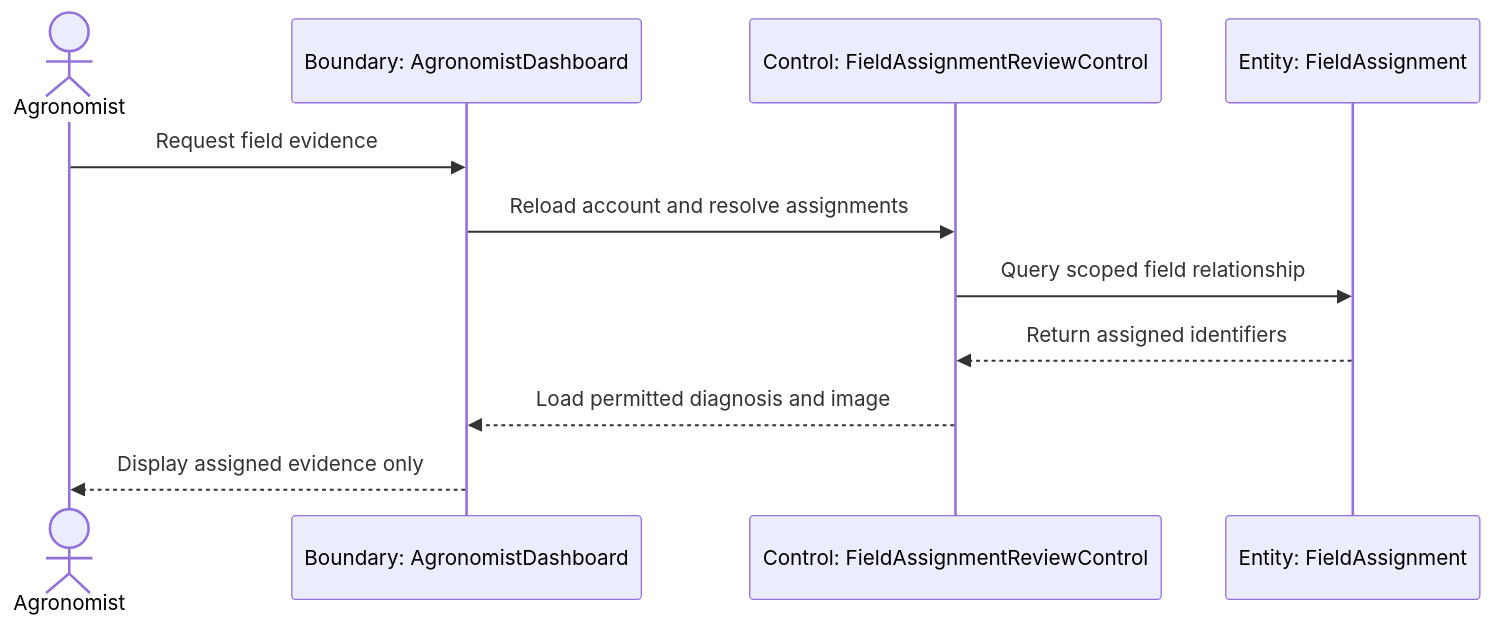
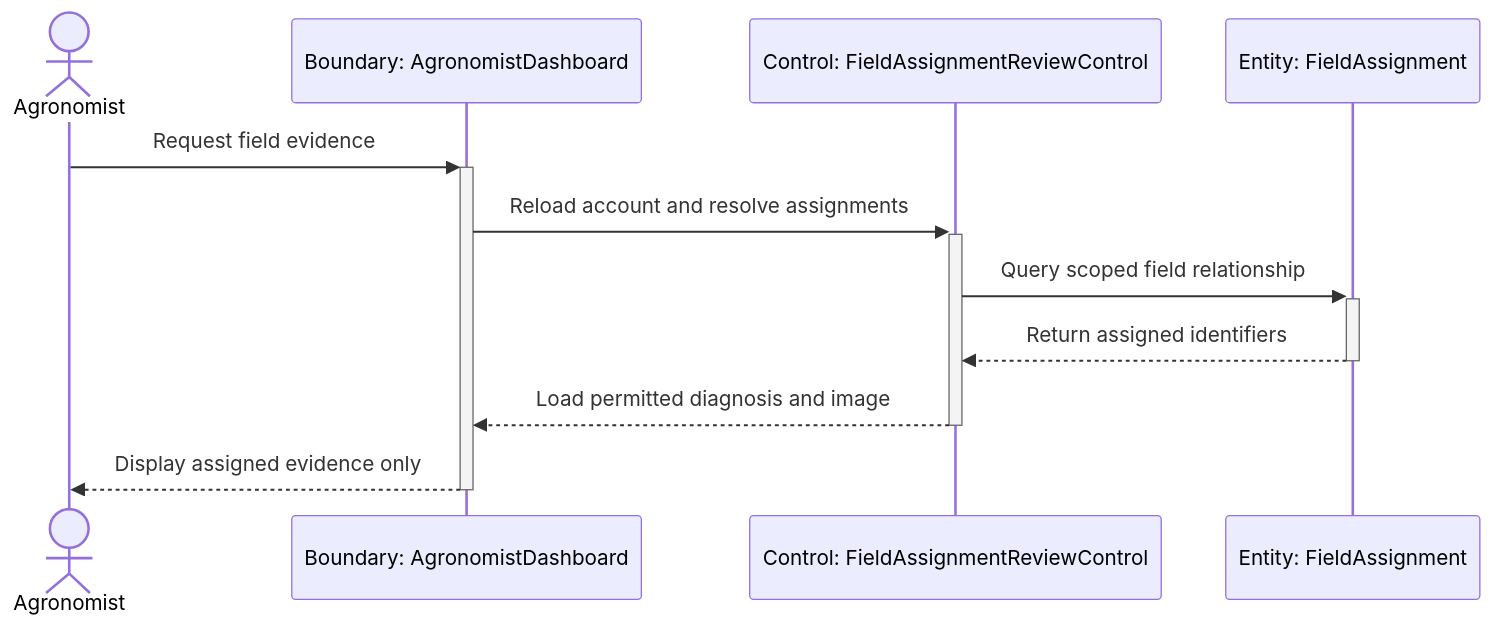
The diagram in docs/design/uml/story-extensions/c-6/sequence.mmd (zhabgjialu2003-sudo/Counting-Maize-Tassels-in-the-Wild-via-Deep-Neural-Network), drawn with Mermaid before and after one commit. The commit also changed 32 other files, not shown here.

First line of the commit message:
docs(diagrams): add sequence activation bars

```diff
--- a/docs/design/uml/story-extensions/c-6/sequence.mmd
+++ b/docs/design/uml/story-extensions/c-6/sequence.mmd
@@ -1,11 +1,11 @@
 sequenceDiagram
 actor Agronomist as Agronomist
 participant AgronomistDashboard as Boundary: AgronomistDashboard
 participant FieldAssignmentReviewControl as Control: FieldAssignmentReviewControl
 participant FieldAssignment as Entity: FieldAssignment
-Agronomist->>AgronomistDashboard: Request field evidence
-AgronomistDashboard->>FieldAssignmentReviewControl: Reload account and resolve assignments
-FieldAssignmentReviewControl->>FieldAssignment: Query scoped field relationship
-FieldAssignment-->>FieldAssignmentReviewControl: Return assigned identifiers
-FieldAssignmentReviewControl-->>AgronomistDashboard: Load permitted diagnosis and image
-AgronomistDashboard-->>Agronomist: Display assigned evidence only
+Agronomist->>+AgronomistDashboard: Request field evidence
+AgronomistDashboard->>+FieldAssignmentReviewControl: Reload account and resolve assignments
+FieldAssignmentReviewControl->>+FieldAssignment: Query scoped field relationship
+FieldAssignment-->>-FieldAssignmentReviewControl: Return assigned identifiers
+FieldAssignmentReviewControl-->>-AgronomistDashboard: Load permitted diagnosis and image
+AgronomistDashboard-->>-Agronomist: Display assigned evidence only
```
